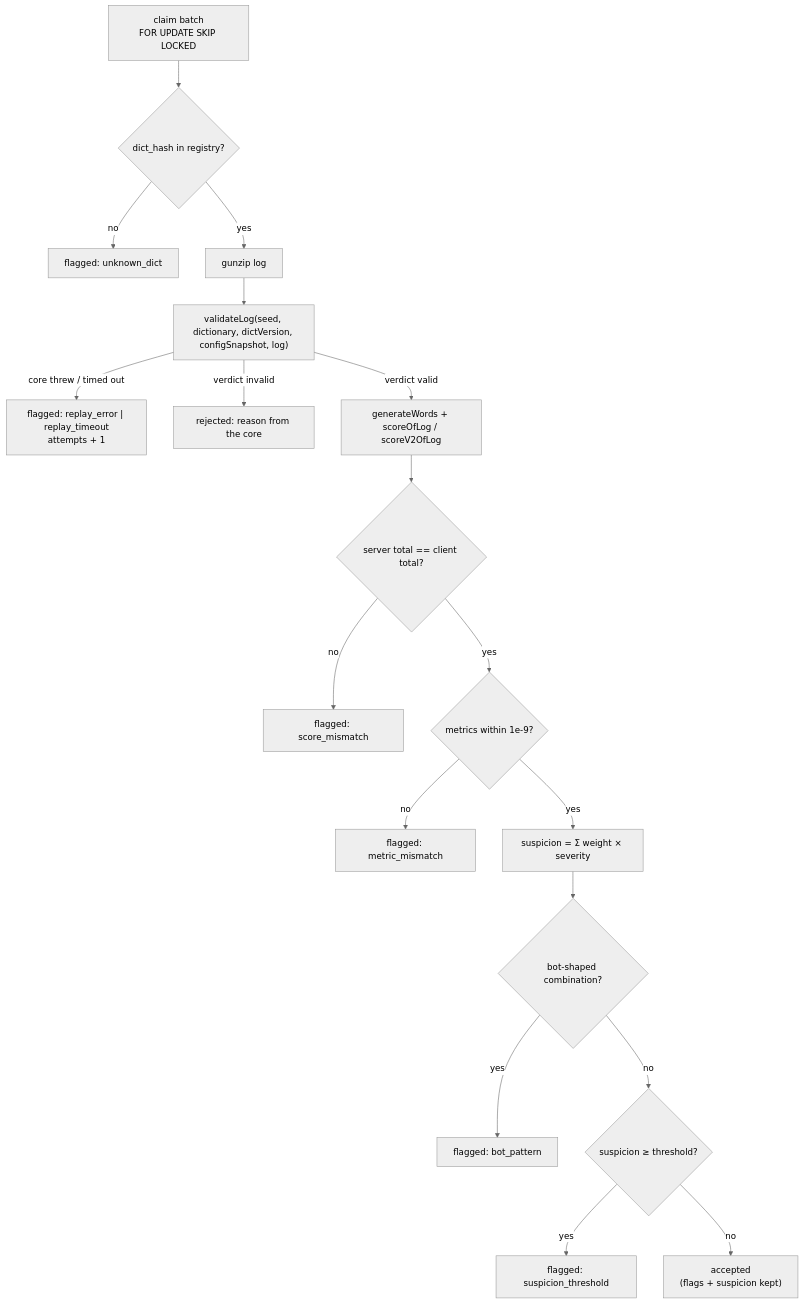
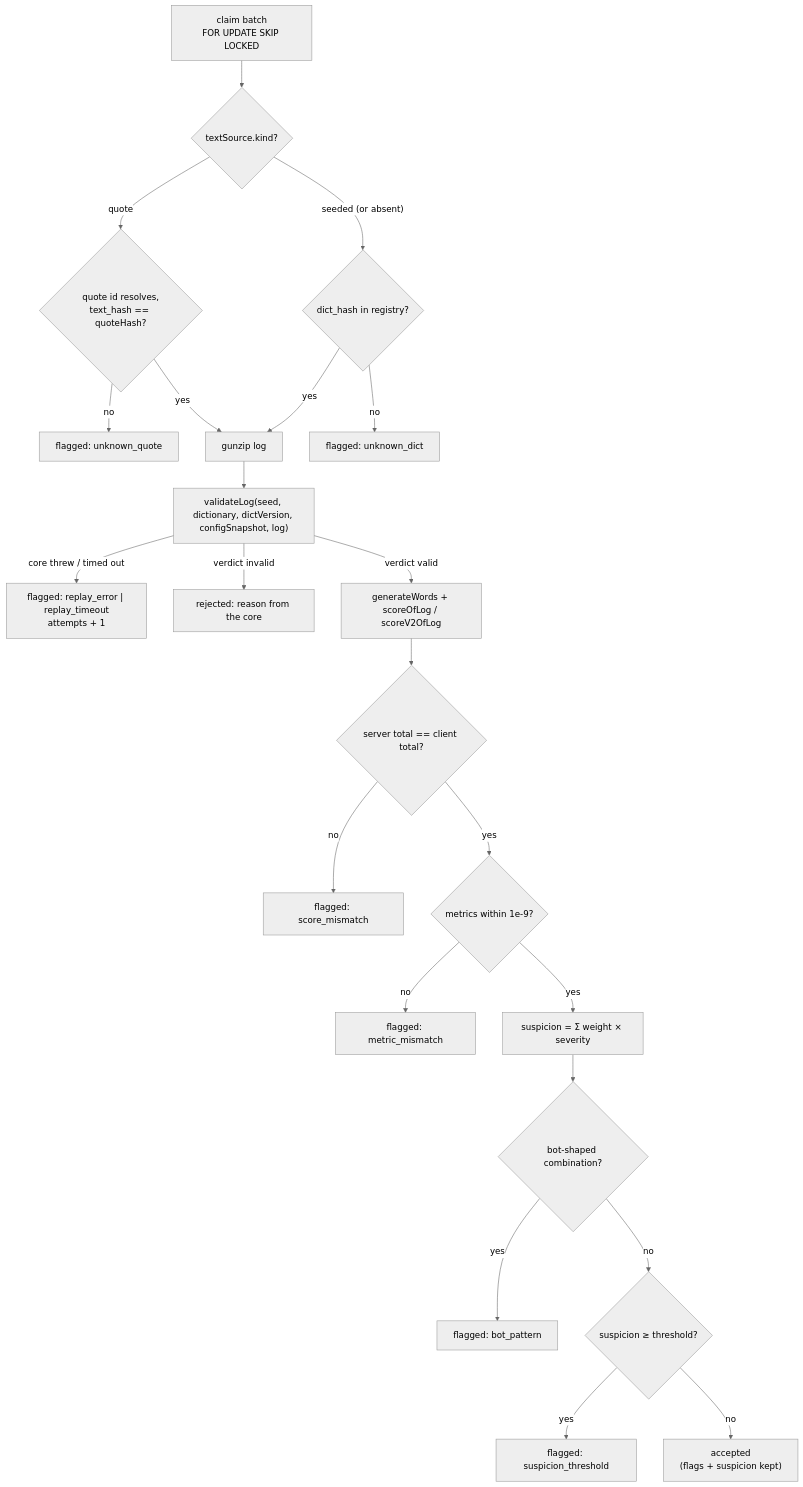
Before and after one commit to Eg0r0k/TypeMore_back: the diagram in docs/REPLAY.md, drawn with Mermaid (neutral theme). The commit also changed other lines of this file and 28 other files, not shown here.

First line of the commit message:
runs: quote runs end to end — resolve by id, verify the hash, raise the caps

````diff
--- a/docs/REPLAY.md
+++ b/docs/REPLAY.md
@@ -16,20 +16,24 @@
 ```mermaid
 flowchart TD
-  A["claim batch<br/>FOR UPDATE SKIP LOCKED"] --> B{"dict_hash in registry?"}
+  A["claim batch<br/>FOR UPDATE SKIP LOCKED"] --> Q{"textSource.kind?"}
+  Q -- quote --> QR{"quote id resolves,<br/>text_hash == quoteHash?"}
+  QR -- no --> F0["flagged: unknown_quote"]
+  QR -- yes --> C["gunzip log"]
+  Q -- "seeded (or absent)" --> B{"dict_hash in registry?"}
   B -- no --> F1["flagged: unknown_dict"]
-  B -- yes --> C["gunzip log"]
+  B -- yes --> C
   C --> D["validateLog(seed, dictionary, dictVersion, configSnapshot, log)"]
   D -- "core threw / timed out" --> F2["flagged: replay_error | replay_timeout<br/>attempts + 1"]
   D -- "verdict invalid" --> R["rejected: reason from the core"]
   D -- "verdict valid" --> E["generateWords + scoreOfLog / scoreV2OfLog"]
   E --> G{"server total == client total?"}
   G -- no --> F3["flagged: score_mismatch"]
   G -- yes --> H{"metrics within 1e-9?"}
   H -- no --> F4["flagged: metric_mismatch"]
   H -- yes --> P["suspicion = Σ weight × severity"]
   P --> I{"bot-shaped combination?"}
   I -- yes --> F5["flagged: bot_pattern"]
   I -- no --> J{"suspicion ≥ threshold?"}
   J -- yes --> F6["flagged: suspicion_threshold"]
   J -- no --> K["accepted<br/>(flags + suspicion kept)"]
 ```
````
